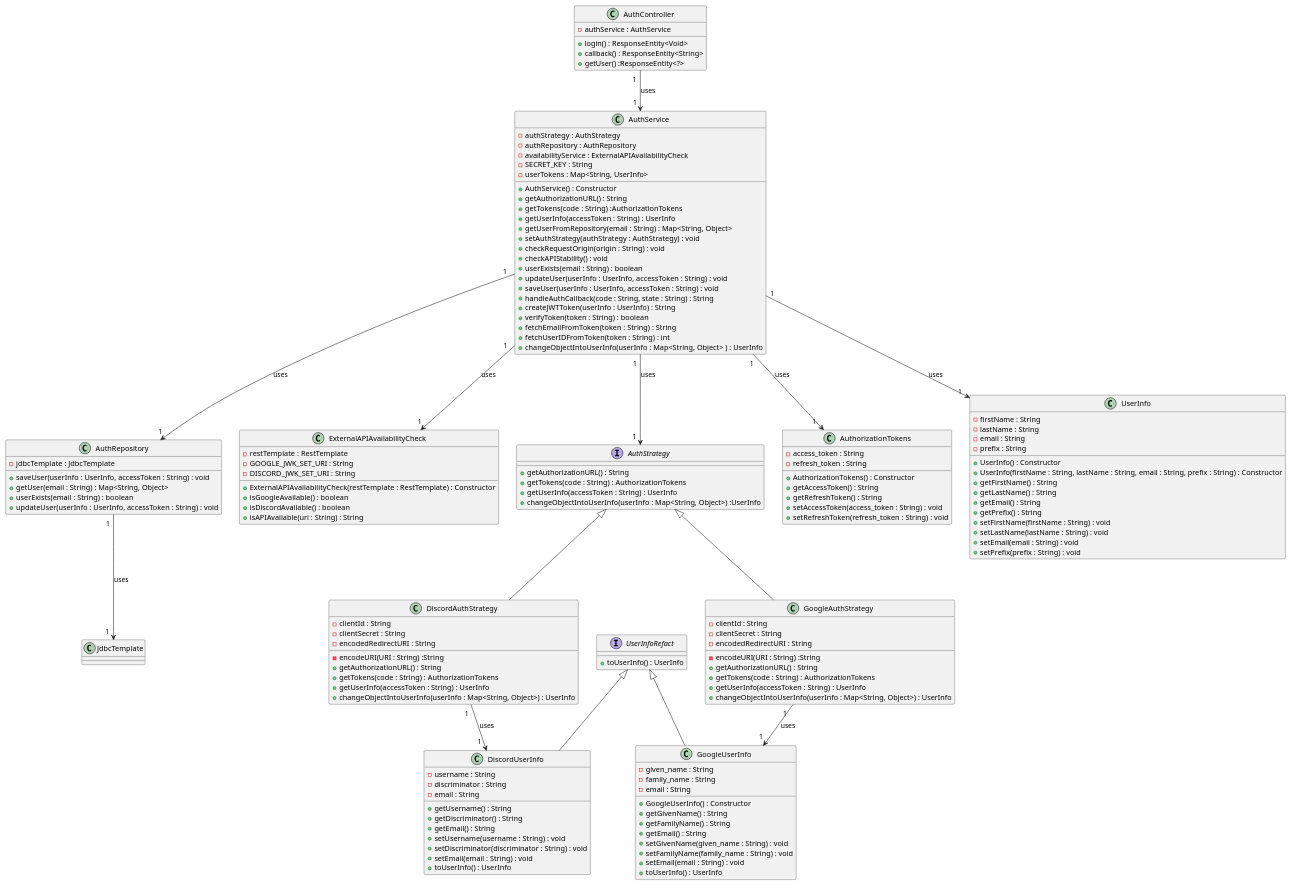
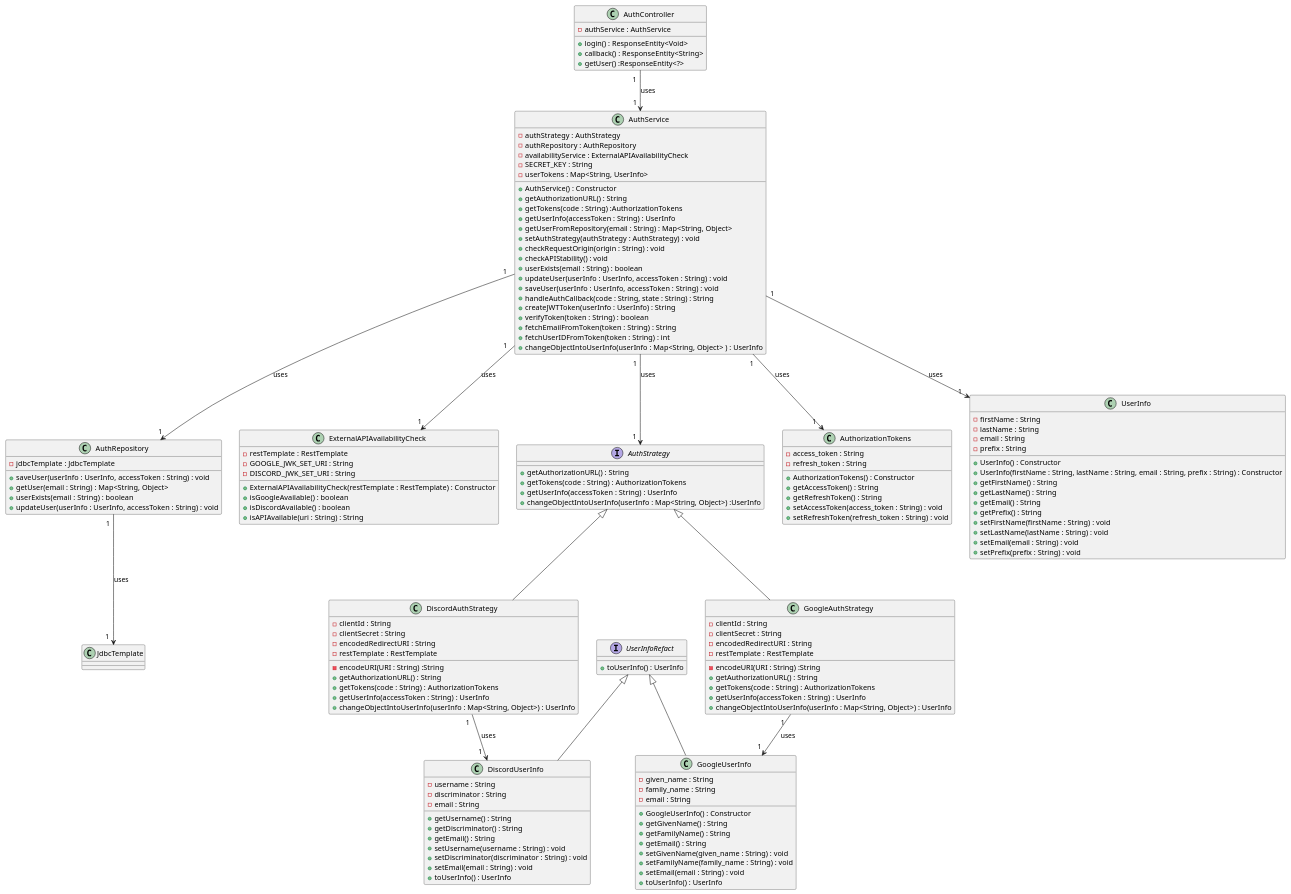
Before and after one commit to AIM-ENE-feb25/triptop-groep-b6: the diagram in huiswerk/gemaakte_werk_thieme/week3/updatedclassdiagramOauth.puml, drawn with PlantUML. The commit also changed 5 other files, not shown here.

```diff
--- a/huiswerk/gemaakte_werk_thieme/week3/updatedclassdiagramOauth.puml
+++ b/huiswerk/gemaakte_werk_thieme/week3/updatedclassdiagramOauth.puml
@@ -1,159 +1,161 @@
 @startuml
 
 class AuthController {
     + login() : ResponseEntity<Void>
     + callback() : ResponseEntity<String>
     + getUser() :ResponseEntity<?>
     - authService : AuthService
 }
 
 class AuthService {
     - authStrategy : AuthStrategy
     - authRepository : AuthRepository
     - availabilityService : ExternalAPIAvailabilityCheck
     - SECRET_KEY : String
     - userTokens : Map<String, UserInfo>
     + AuthService() : Constructor
     + getAuthorizationURL() : String
     + getTokens(code : String) :AuthorizationTokens
     + getUserInfo(accessToken : String) : UserInfo
     + getUserFromRepository(email : String) : Map<String, Object>
     + setAuthStrategy(authStrategy : AuthStrategy) : void
     + checkRequestOrigin(origin : String) : void
     + checkAPIStability() : void
     + userExists(email : String) : boolean
     + updateUser(userInfo : UserInfo, accessToken : String) : void
     + saveUser(userInfo : UserInfo, accessToken : String) : void
     + handleAuthCallback(code : String, state : String) : String
     + createJWTToken(userInfo : UserInfo) : String
     + verifyToken(token : String) : boolean
     + fetchEmailFromToken(token : String) : String
     + fetchUserIDFromToken(token : String) : int
     + changeObjectIntoUserInfo(userInfo : Map<String, Object> ) : UserInfo
 }
 
 class AuthRepository {
     - jdbcTemplate : JdbcTemplate
     + saveUser(userInfo : UserInfo, accessToken : String) : void
     + getUser(email : String) : Map<String, Object>
     + userExists(email : String) : boolean
     + updateUser(userInfo : UserInfo, accessToken : String) : void
 }
 
 class ExternalAPIAvailabilityCheck {
     - restTemplate : RestTemplate
     - GOOGLE_JWK_SET_URI : String
     - DISCORD_JWK_SET_URI : String
     + ExternalAPIAvailabilityCheck(restTemplate : RestTemplate) : Constructor
     + isGoogleAvailable() : boolean
     + isDiscordAvailable() : boolean
     + isAPIAvailable(uri : String) : String
 }
 
 interface AuthStrategy {
     + getAuthorizationURL() : String
     + getTokens(code : String) : AuthorizationTokens
     + getUserInfo(accessToken : String) : UserInfo
     + changeObjectIntoUserInfo(userInfo : Map<String, Object>) :UserInfo
 }
 
 class DiscordAuthStrategy {
     - clientId : String
     - clientSecret : String
     - encodedRedirectURI : String
+    - restTemplate : RestTemplate
     - encodeURI(URI : String) :String
     + getAuthorizationURL() : String
     + getTokens(code : String) : AuthorizationTokens
     + getUserInfo(accessToken : String) : UserInfo
     + changeObjectIntoUserInfo(userInfo : Map<String, Object>) : UserInfo
 }
 
 class GoogleAuthStrategy {
     - clientId : String
     - clientSecret : String
     - encodedRedirectURI : String
+    - restTemplate : RestTemplate
     - encodeURI(URI : String) :String
     + getAuthorizationURL() : String
     + getTokens(code : String) : AuthorizationTokens
     + getUserInfo(accessToken : String) : UserInfo
     + changeObjectIntoUserInfo(userInfo : Map<String, Object>) : UserInfo
 }
 
 class AuthorizationTokens {
     - access_token : String
     - refresh_token : String
     + AuthorizationTokens() : Constructor
     + getAccessToken() : String
     + getRefreshToken() : String
     + setAccessToken(access_token : String) : void
     + setRefreshToken(refresh_token : String) : void
 }
 
 class DiscordUserInfo {
     - username : String
     - discriminator : String
     - email : String
     + getUsername() : String
     + getDiscriminator() : String
     + getEmail() : String
     + setUsername(username : String) : void
     + setDiscriminator(discriminator : String) : void
     + setEmail(email : String) : void
     + toUserInfo() : UserInfo
 }
 
 class GoogleUserInfo {
     - given_name : String
     - family_name : String
     - email : String
     + GoogleUserInfo() : Constructor
     + getGivenName() : String
     + getFamilyName() : String
     + getEmail() : String
     + setGivenName(given_name : String) : void
     + setFamilyName(family_name : String) : void
     + setEmail(email : String) : void
     + toUserInfo() : UserInfo
 }
 
 interface UserInfoRefact {
    + toUserInfo() : UserInfo
 }
 
 class UserInfo {
     - firstName : String
     - lastName : String
     - email : String
     - prefix : String
     + UserInfo() : Constructor
     + UserInfo(firstName : String, lastName : String, email : String, prefix : String) : Constructor
     + getFirstName() : String
     + getLastName() : String
     + getEmail() : String
     + getPrefix() : String
     + setFirstName(firstName : String) : void
     + setLastName(lastName : String) : void
     + setEmail(email : String) : void
     + setPrefix(prefix : String) : void
 }
 
 AuthController "1  " --> "1  " AuthService : uses
 AuthService "1  " --> "1  " AuthRepository : uses
 AuthService "1  " --> "1  " ExternalAPIAvailabilityCheck : uses
 AuthService "1  " --> "1  " AuthStrategy : uses
 AuthService "1  " --> "1  " UserInfo : uses
 DiscordAuthStrategy "1  " --> "1  " DiscordUserInfo : uses
 GoogleAuthStrategy "1  " --> "1  " GoogleUserInfo : uses
 AuthService "1  " --> "1  " AuthorizationTokens : uses
 AuthRepository "1  " --> "1  " JdbcTemplate : uses
 AuthStrategy <|-- DiscordAuthStrategy
 AuthStrategy <|-- GoogleAuthStrategy
 
 UserInfoRefact <|-- DiscordUserInfo
 UserInfoRefact <|-- GoogleUserInfo
 
 
 
 
 
 @enduml
```
